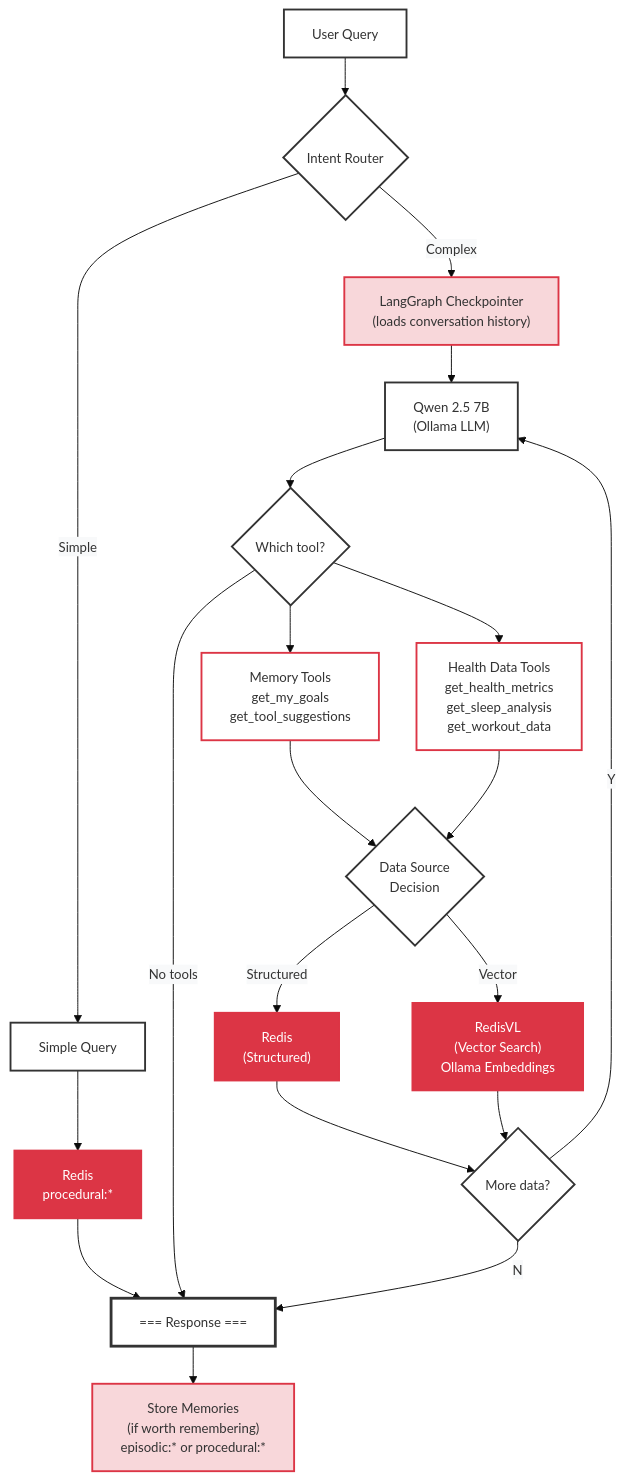
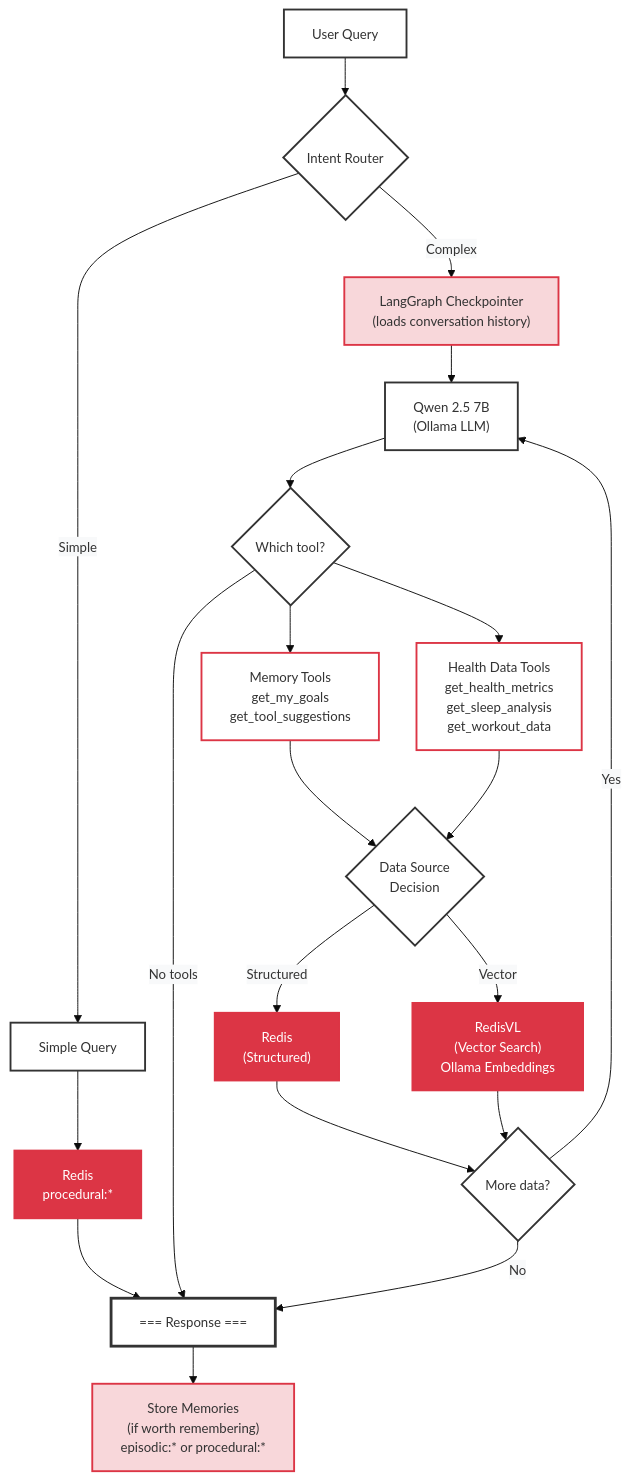
The second of 2 diagrams in docs/STATEFUL_AGENT.md (AllieRays/redis-wellness), drawn with Mermaid before and after one commit.

Commit message:
Restore full Yes/No labels on loop decision

````diff
--- a/docs/STATEFUL_AGENT.md
+++ b/docs/STATEFUL_AGENT.md
@@ -90,53 +90,53 @@
 ```mermaid
 %%{init: {'theme':'base', 'themeVariables': { 'fontSize':'14px', 'edgeLabelBackground':'#f8f9fa'}, 'flowchart': {'nodeSpacing': 40, 'rankSpacing': 40}}}%%
 flowchart TB
     Query["User Query"]
     Router{"Intent Router"}
     GoalOp["Simple Query"]
     GoalRedis["Redis<br/>procedural:*"]
     Memory["LangGraph Checkpointer<br/>(loads conversation history)"]
     LLM["Qwen 2.5 7B<br/>(Ollama LLM)"]
     Decision{"Which tool?"}
     MemoryTools["Memory Tools<br/>get_my_goals<br/>get_tool_suggestions"]
     HealthTools["Health Data Tools<br/>get_health_metrics<br/>get_sleep_analysis<br/>get_workout_data"]
     DataSource{"Data Source<br/>Decision"}
     RedisStructured["Redis<br/>(Structured)"]
     RedisVector["RedisVL<br/>(Vector Search)<br/>Ollama Embeddings"]
     Loop{"More data?"}
     Store["Store Memories<br/>(if worth remembering)<br/>episodic:* or procedural:*"]
     Response["=== Response ==="]
     Query --> Router
     Router -->|"Simple"| GoalOp
     Router -->|"Complex"| Memory
     GoalOp --> GoalRedis
     GoalRedis --> Response
     Memory --> LLM
     LLM --> Decision
     Decision --> MemoryTools
     Decision --> HealthTools
     Decision -->|No tools| Response
     MemoryTools --> DataSource
     HealthTools --> DataSource
     DataSource -->|Structured| RedisStructured
     DataSource -->|Vector| RedisVector
     RedisStructured --> Loop
     RedisVector --> Loop
-    Loop -->|Y| LLM
-    Loop -->|N| Response
+    Loop -->|Yes| LLM
+    Loop -->|No| Response
     Response --> Store
     style Query fill:#fff,stroke:#333,stroke-width:2px
     style Router fill:#fff,stroke:#333,stroke-width:2px
     style GoalOp fill:#fff,stroke:#333,stroke-width:2px
     style GoalRedis fill:#dc3545,stroke:#dc3545,stroke-width:2px,color:#fff
     style Memory fill:#f8d7da,stroke:#dc3545,stroke-width:2px
     style LLM fill:#fff,stroke:#333,stroke-width:2px
     style Decision fill:#fff,stroke:#333,stroke-width:2px
     style MemoryTools fill:#fff,stroke:#dc3545,stroke-width:2px
     style HealthTools fill:#fff,stroke:#dc3545,stroke-width:2px
     style DataSource fill:#fff,stroke:#333,stroke-width:2px
     style RedisStructured fill:#dc3545,stroke:#dc3545,stroke-width:2px,color:#fff
     style RedisVector fill:#dc3545,stroke:#dc3545,stroke-width:2px,color:#fff
     style Loop fill:#fff,stroke:#333,stroke-width:2px
     style Store fill:#f8d7da,stroke:#dc3545,stroke-width:2px
     style Response fill:#fff,stroke:#333,stroke-width:3px,min-width:500px
 ```
````
